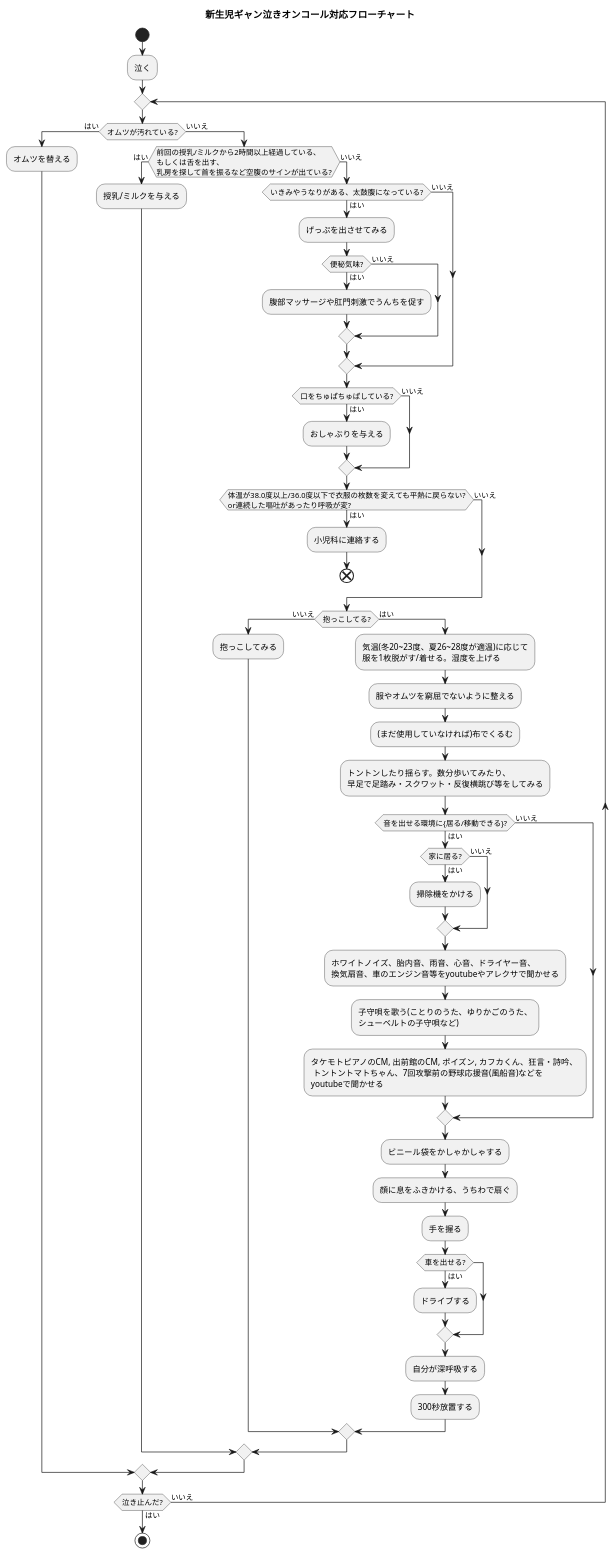
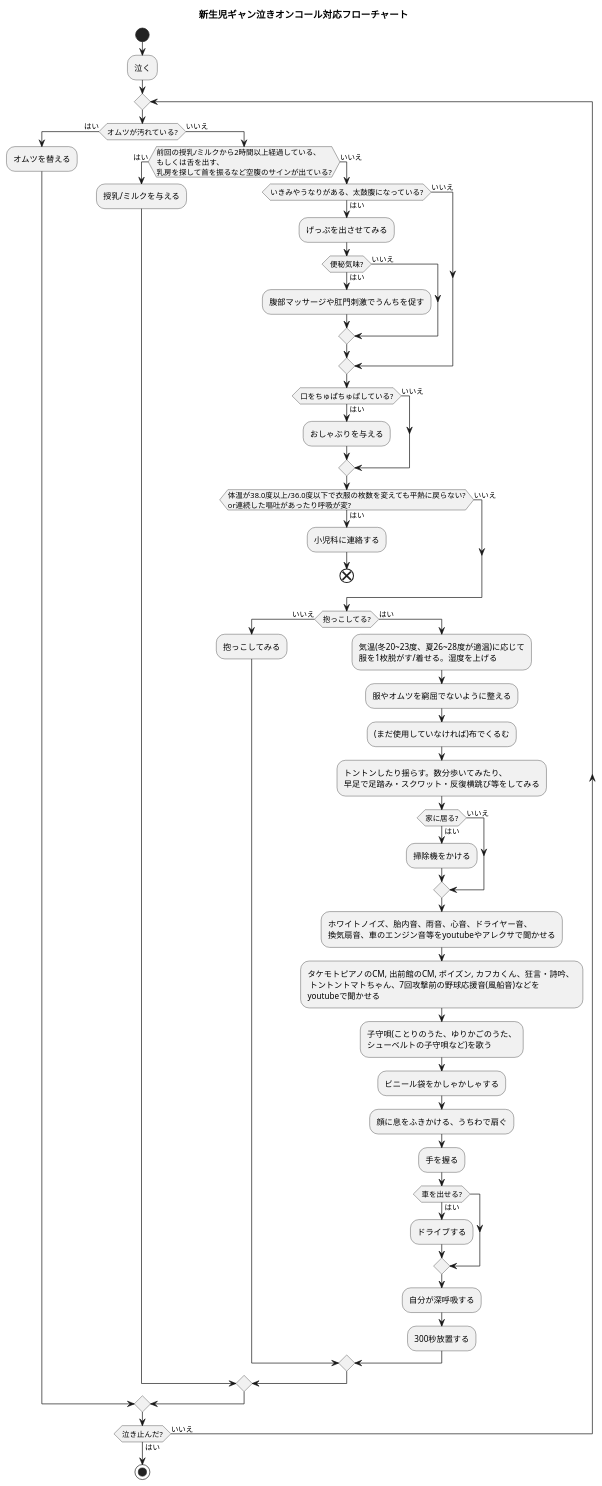
The diagram in flowchart.puml (dakimura/gyan-crying-oncall-playbook), drawn with PlantUML before and after one commit. The commit also changed 1 other file, not shown here.

```diff
--- a/flowchart.puml
+++ b/flowchart.puml
@@ -1,64 +1,61 @@
 @startuml
 
 title 新生児ギャン泣きオンコール対応フローチャート
 start
 
 :泣く;
 
 repeat;
   if (オムツが汚れている?) then (はい)
     :オムツを替える;
   else (いいえ)
     if (前回の授乳/ミルクから2時間以上経過している、\nもしくは舌を出す、\n乳房を探して首を振るなど空腹のサインが出ている?) then (はい)
       :授乳/ミルクを与える;
     else (いいえ)
       if (いきみやうなりがある、太鼓腹になっている?) then (はい)
         :げっぷを出させてみる;
         if (便秘気味?) then (はい)
           :腹部マッサージや肛門刺激でうんちを促す;
         else (いいえ)
         endif
       else (いいえ)
       endif
       if (口をちゅぱちゅぱしている?) then (はい)
         :おしゃぶりを与える;
       else (いいえ)
       endif
       if (体温が38.0度以上/36.0度以下で衣服の枚数を変えても平熱に戻らない?\nor連続した嘔吐があったり呼吸が変?) then (はい)
         :小児科に連絡する;
         end
       else (いいえ)
       endif
       if (抱っこしてる?) then (いいえ)
         :抱っこしてみる;
       else (はい)
         :気温(冬20~23度、夏26~28度が適温)に応じて\n服を1枚脱がす/着せる。湿度を上げる;
         :服やオムツを窮屈でないように整える;
         :(まだ使用していなければ)布でくるむ;
         :トントンしたり揺らす。数分歩いてみたり、\n早足で足踏み・スクワット・反復横跳び等をしてみる;
-        if (音を出せる環境に{居る/移動できる}?) then (はい)
-          if (家に居る?) then (はい)
-            :掃除機をかける;
-          else (いいえ)
-          endif
-          :ホワイトノイズ、胎内音、雨音、心音、ドライヤー音、\n換気扇音、車のエンジン音等をyoutubeやアレクサで聞かせる;
-          :子守唄を歌う(ことりのうた、ゆりかごのうた、\nシューベルトの子守唄など);
-          :タケモトピアノのCM, 出前館のCM, ポイズン, カフカくん、狂言・詩吟、 \n トントントマトちゃん、7回攻撃前の野球応援音(風船音)などを\nyoutubeで聞かせる;
+        if (家に居る?) then (はい)
+          :掃除機をかける;
         else (いいえ)
         endif
+        :ホワイトノイズ、胎内音、雨音、心音、ドライヤー音、\n換気扇音、車のエンジン音等をyoutubeやアレクサで聞かせる;
+        :タケモトピアノのCM, 出前館のCM, ポイズン, カフカくん、狂言・詩吟、 \n トントントマトちゃん、7回攻撃前の野球応援音(風船音)などを\nyoutubeで聞かせる;
+        :子守唄(ことりのうた、ゆりかごのうた、\nシューベルトの子守唄など)を歌う;
         :ビニール袋をかしゃかしゃする;
         :顔に息をふきかける、うちわで扇ぐ;
         :手を握る;
         if (車を出せる?) then (はい)
           :ドライブする;
         endif
         :自分が深呼吸する;
         :300秒放置する;
       endif
     endif
   endif
 repeat while (泣き止んだ?) is (いいえ) not (はい)
 
 stop
 
 @enduml
```
